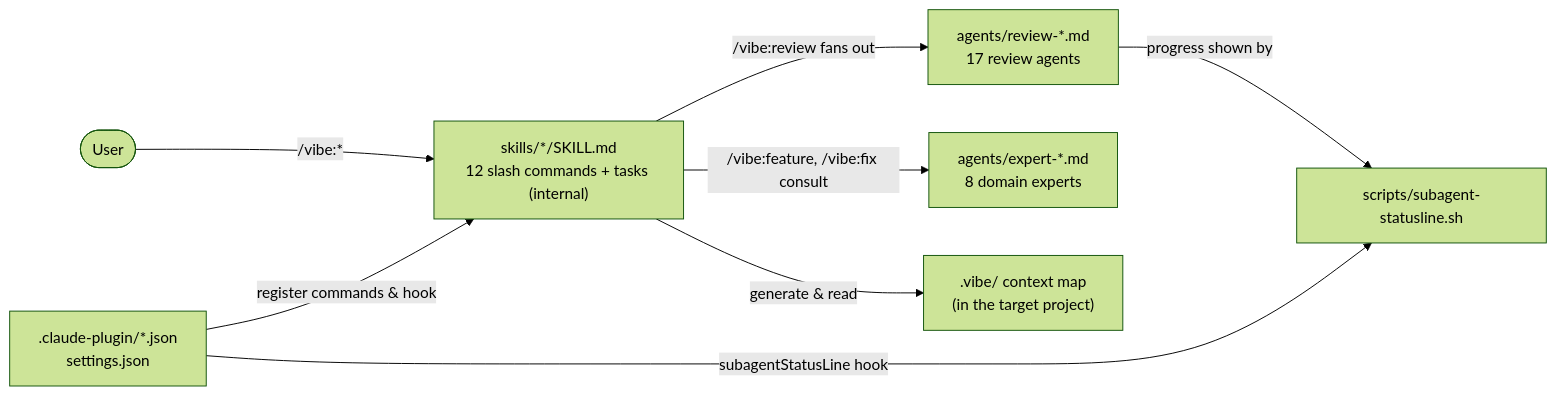
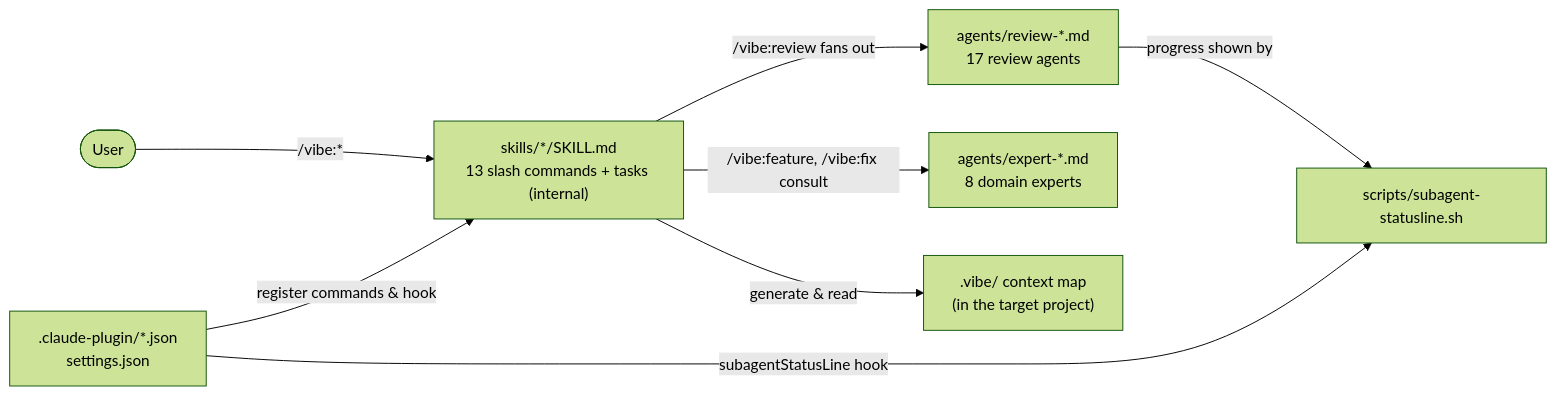
One commit to neolao/claude-plugin-vibe changed the diagram in docs/architecture.md. Above: the diagram before and after it, drawn with Mermaid (forest theme). The commit also changed other lines of this file and 5 other files, not shown here.

````diff
--- a/docs/architecture.md
+++ b/docs/architecture.md
@@ -24,10 +24,10 @@
 ```mermaid
 flowchart LR
-    user([User]) -- "/vibe:*" --> skills["skills/*/SKILL.md<br/>12 slash commands + tasks (internal)"]
+    user([User]) -- "/vibe:*" --> skills["skills/*/SKILL.md<br/>13 slash commands + tasks (internal)"]
     skills -- "/vibe:review fans out" --> agents["agents/review-*.md<br/>17 review agents"]
     skills -- "/vibe:feature, /vibe:fix consult" --> experts["agents/expert-*.md<br/>8 domain experts"]
     skills -- "generate & read" --> vibe[".vibe/ context map<br/>(in the target project)"]
     manifests[".claude-plugin/*.json<br/>settings.json"] -- "register commands & hook" --> skills
     manifests -- "subagentStatusLine hook" --> statusline["scripts/subagent-statusline.sh"]
     agents -- "progress shown by" --> statusline
 ```
````
